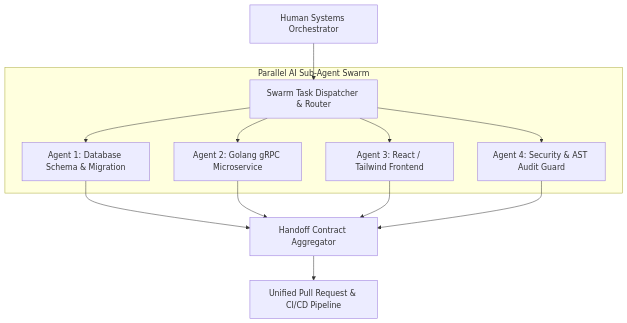
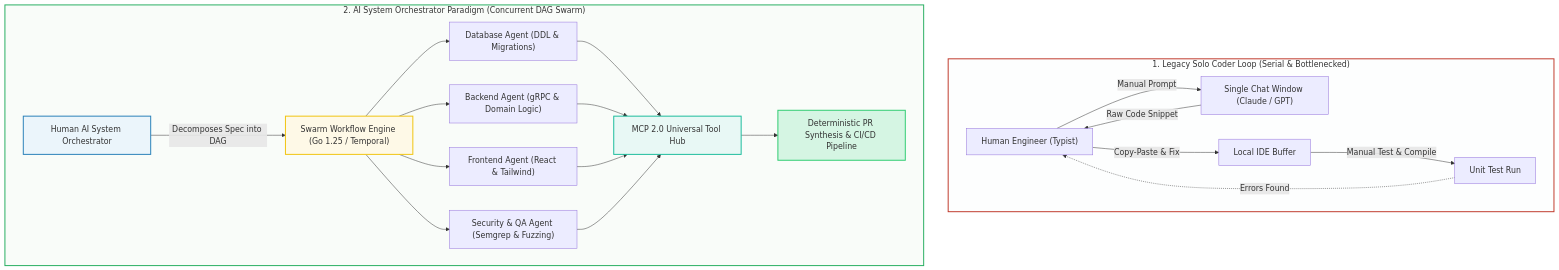
Before and after one commit to vesviet/vesviet: the first of 2 diagrams in content/series/ai-driven-engineer/part-6-from-coder-to-orchestrator.md, drawn with Mermaid. The commit also changed other lines of this file and 67 other files, not shown here.

Commit message:
feat(sprint-3): upgrade ai-data-engineering-pipeline and ai-driven-engineer series to 2027 SOTA masterclass

````diff
--- a/content/series/ai-driven-engineer/part-6-from-coder-to-orchestrator.md
+++ b/content/series/ai-driven-engineer/part-6-from-coder-to-orchestrator.md
@@ -42,18 +35,33 @@
 ```mermaid
-graph TD
-    Human["Human Systems Orchestrator"] --> TaskDispatcher["Swarm Task Dispatcher & Router"]
-    
-    subgraph Parallel AI Sub-Agent Swarm
-        TaskDispatcher --> AgentDB["Agent 1: Database Schema & Migration"]
-        TaskDispatcher --> AgentAPI["Agent 2: Golang gRPC Microservice"]
-        TaskDispatcher --> AgentUI["Agent 3: React / Tailwind Frontend"]
-        TaskDispatcher --> AgentSec["Agent 4: Security & AST Audit Guard"]
+flowchart TD
+    subgraph SoloParadigm ["1. Legacy Solo Coder Loop (Serial & Bottlenecked)"]
+        HumanDev["Human Engineer (Typist)"] -->|Manual Prompt| SingleChat["Single Chat Window (Claude / GPT)"]
+        SingleChat -->|Raw Code Snippet| HumanDev
+        HumanDev -->|Copy-Paste & Fix| IDE["Local IDE Buffer"]
+        IDE -->|Manual Test & Compile| LocalTest["Unit Test Run"]
+        LocalTest -.->|Errors Found| HumanDev
     end
 
-    AgentDB --> ContractBuffer["Handoff Contract Aggregator"]
-    AgentAPI --> ContractBuffer
-    AgentUI --> ContractBuffer
-    AgentSec --> ContractBuffer
+    subgraph OrchestratorParadigm ["2. AI System Orchestrator Paradigm (Concurrent DAG Swarm)"]
+        Orchestrator["Human AI System Orchestrator"] -->|Decomposes Spec into DAG| SwarmEngine["Swarm Workflow Engine (Go 1.25 / Temporal)"]
+        
+        SwarmEngine --> AgentDB["Database Agent (DDL & Migrations)"]
+        SwarmEngine --> AgentBE["Backend Agent (gRPC & Domain Logic)"]
+        SwarmEngine --> AgentFE["Frontend Agent (React & Tailwind)"]
+        SwarmEngine --> AgentQA["Security & QA Agent (Semgrep & Fuzzing)"]
 
-    ContractBuffer --> CI["Unified Pull Request & CI/CD Pipeline"]
+        AgentDB --> MCPRouter["MCP 2.0 Universal Tool Hub"]
+        AgentBE --> MCPRouter
+        AgentFE --> MCPRouter
+        AgentQA --> MCPRouter
+
+        MCPRouter --> GitOpsMerge["Deterministic PR Synthesis & CI/CD Pipeline"]
+    end
+
+    style SoloParadigm fill:#fdfefe,stroke:#c0392b,stroke-width:2px
+    style OrchestratorParadigm fill:#f9fcf9,stroke:#27ae60,stroke-width:2px
+    style Orchestrator fill:#ebf5fb,stroke:#2980b9,stroke-width:2px
+    style SwarmEngine fill:#fef9e7,stroke:#f1c40f,stroke-width:2px
+    style MCPRouter fill:#e8f8f5,stroke:#1abc9c,stroke-width:2px
+    style GitOpsMerge fill:#d5f5e3,stroke:#2ecc71,stroke-width:2px
 ```
````
